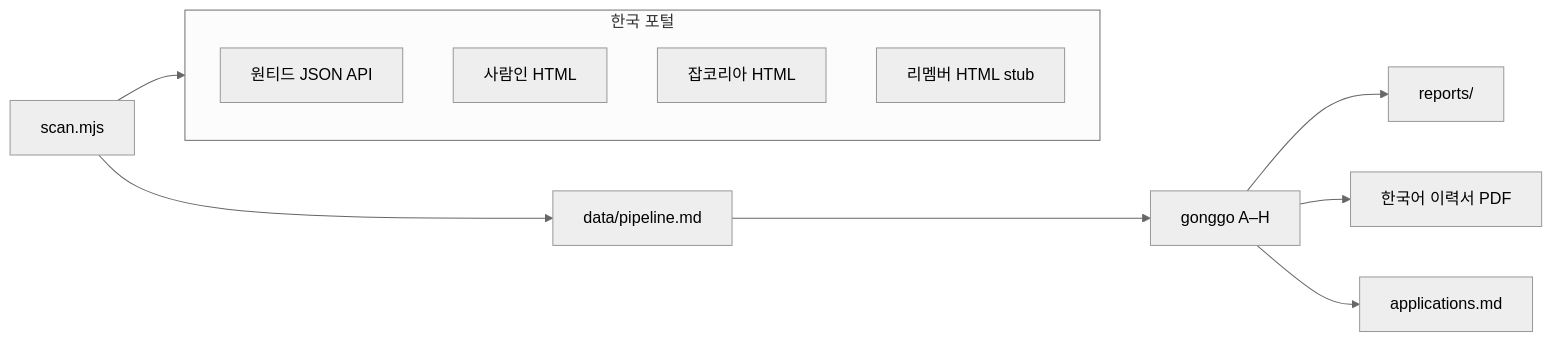
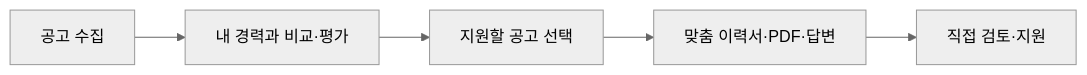
Before and after one commit to torisKR/chaeyong-ops: the diagram in README.md, drawn with Mermaid (neutral theme). The commit also changed other lines of this file and 1 other file, not shown here.

````diff
--- a/README.md
+++ b/README.md
@@ -97,15 +39,7 @@
 ```mermaid
 flowchart LR
-  subgraph portals [한국 포털]
-    W[원티드 JSON API]
-    S[사람인 HTML]
-    J[잡코리아 HTML]
-    R[리멤버 HTML stub]
-  end
-  Scan["scan.mjs"] --> portals
-  Scan --> Inbox["data/pipeline.md"]
-  Inbox --> Gonggo["gonggo A–H"]
-  Gonggo --> Report["reports/"]
-  Gonggo --> PDF["한국어 이력서 PDF"]
-  Gonggo --> Tracker["applications.md"]
+    A[공고 수집] --> B[내 경력과 비교·평가]
+    B --> C[지원할 공고 선택]
+    C --> D[맞춤 이력서·PDF·답변]
+    D --> E[직접 검토·지원]
 ```
````
